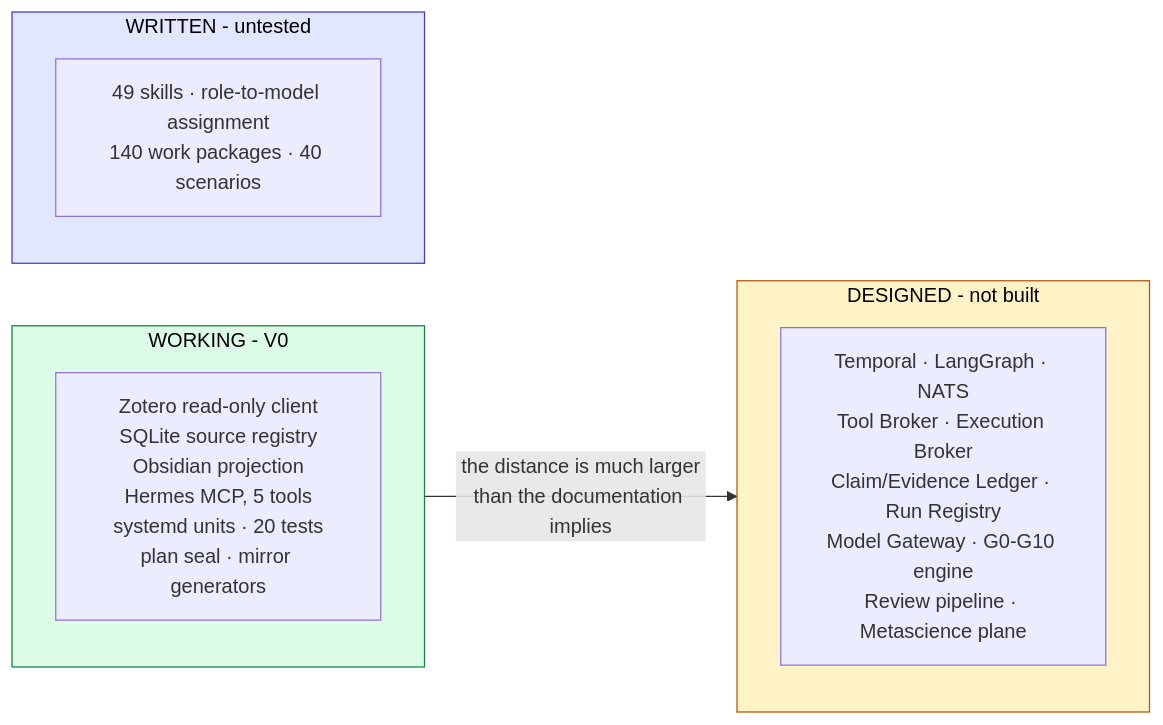
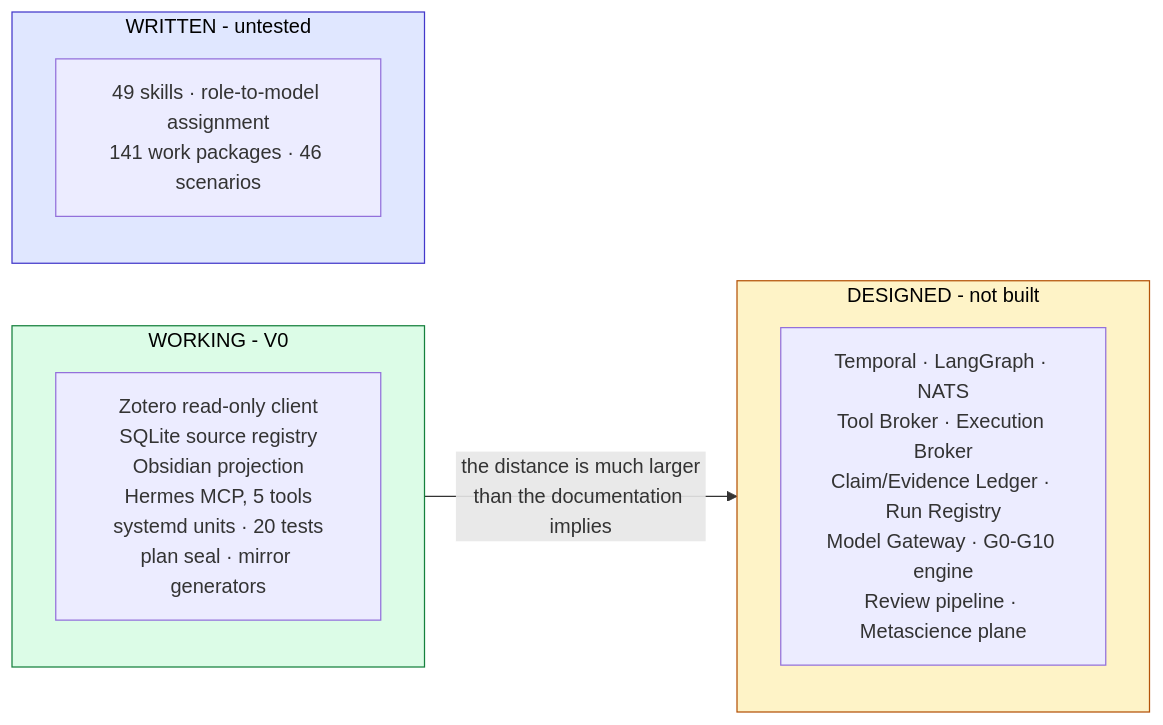
One commit to furkanhanilci/AETHRION changed the tenth of 11 diagrams in README.md. Above: the diagram before and after it, drawn with Mermaid. The commit also changed other lines of this file and 103 other files, not shown here.

````diff
--- a/README.md
+++ b/README.md
@@ -317,16 +345,16 @@
 ```mermaid
 flowchart LR
     subgraph WORKING["WORKING - V0"]
         W["Zotero read-only client<br/>SQLite source registry<br/>Obsidian projection<br/>Hermes MCP, 5 tools<br/>systemd units · 20 tests<br/>plan seal · mirror generators"]
     end
     subgraph DESIGNED["DESIGNED - not built"]
         D["Temporal · LangGraph · NATS<br/>Tool Broker · Execution Broker<br/>Claim/Evidence Ledger · Run Registry<br/>Model Gateway · G0-G10 engine<br/>Review pipeline · Metascience plane"]
     end
     subgraph WRITTEN["WRITTEN - untested"]
-        S["49 skills · role-to-model assignment<br/>140 work packages · 40 scenarios"]
+        S["49 skills · role-to-model assignment<br/>141 work packages · 46 scenarios"]
     end
     WORKING -->|"the distance is much larger<br/>than the documentation implies"| DESIGNED
     style WORKING fill:#dcfce7,stroke:#15803d,color:#000
     style DESIGNED fill:#fef3c7,stroke:#b45309,color:#000
     style WRITTEN fill:#e0e7ff,stroke:#4338ca,color:#000
 ```
````
